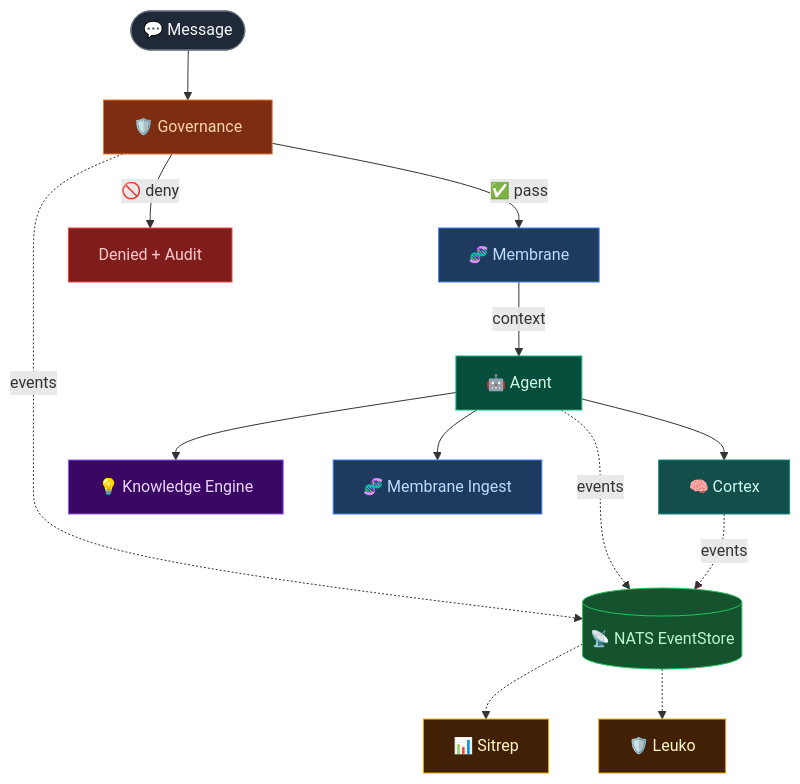
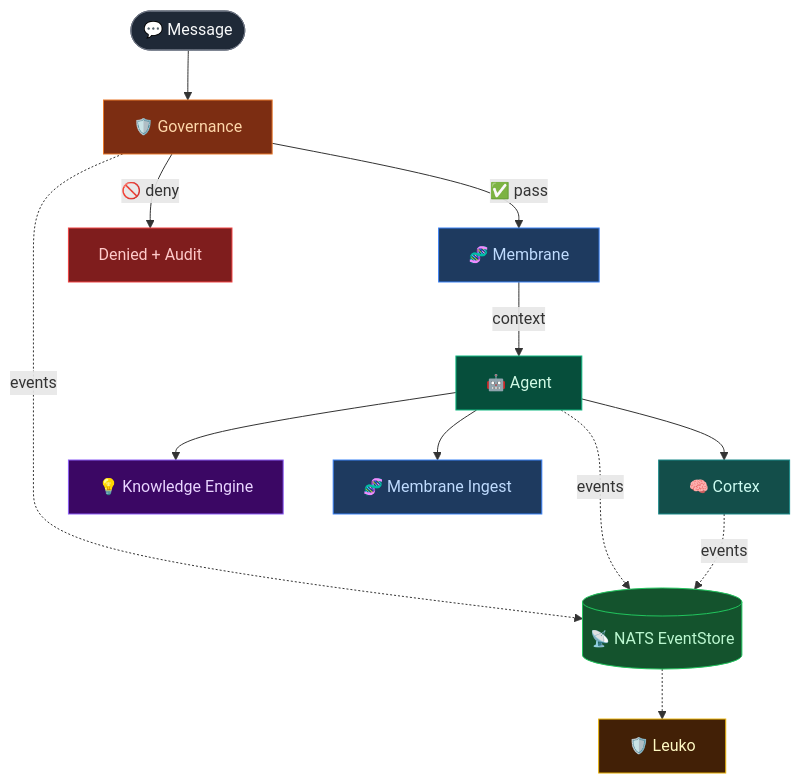
Before and after one commit to alberthild/vainplex-openclaw: the diagram in README.md, drawn with Mermaid. The commit also changed other lines of this file, not shown here.

Commit message:
docs: remove Sitrep (deprecated), replace hardcoded versions with npm badges in root README

````diff
--- a/README.md
+++ b/README.md
@@ -53,38 +52,36 @@
 ```mermaid
 flowchart TD
     MSG(["💬 Message"]) --> GOV
 
     GOV["🛡️ Governance"]
     GOV -->|"✅ pass"| MEM_R
     GOV -->|"🚫 deny"| DENY["Denied + Audit"]
 
     MEM_R["🧬 Membrane"]
     MEM_R -->|context| AGENT
 
     AGENT["🤖 Agent"]
     AGENT --> CTX & KE & MEM_I
 
     CTX["🧠 Cortex"]
     KE["💡 Knowledge Engine"]
     MEM_I["🧬 Membrane Ingest"]
 
     GOV -.->|events| NATS
     AGENT -.->|events| NATS
     CTX -.->|events| NATS
 
     NATS[("📡 NATS EventStore")]
-    NATS -.-> SITREP["📊 Sitrep"]
     NATS -.-> LEUKO["🛡️ Leuko"]
 
     style MSG fill:#1f2937,stroke:#6b7280,color:#f9fafb
     style GOV fill:#7c2d12,stroke:#e8782a,color:#fed7aa
     style MEM_R fill:#1e3a5f,stroke:#3b82f6,color:#bfdbfe
     style AGENT fill:#064e3b,stroke:#10b981,color:#d1fae5
     style CTX fill:#134e4a,stroke:#198989,color:#ccfbf1
     style KE fill:#3b0764,stroke:#8b5cf6,color:#e9d5ff
     style MEM_I fill:#1e3a5f,stroke:#3b82f6,color:#bfdbfe
     style NATS fill:#14532d,stroke:#22c55e,color:#bbf7d0
-    style SITREP fill:#422006,stroke:#eab308,color:#fef9c3
     style LEUKO fill:#422006,stroke:#eab308,color:#fef9c3
     style DENY fill:#7f1d1d,stroke:#ef4444,color:#fecaca
 ```
````
